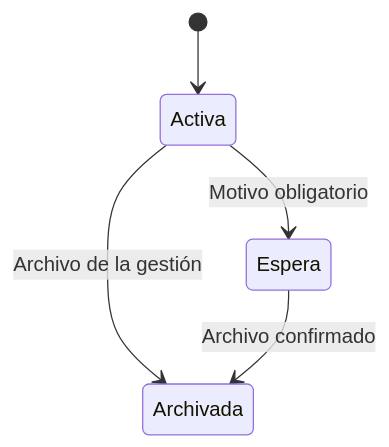
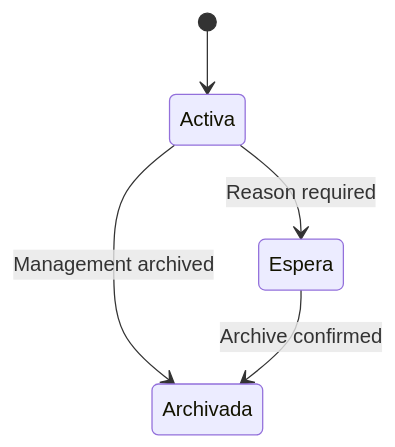
Before and after one commit to matiaspakua/notaire: the ninth of 16 diagrams in docs/200-architecture/203-design/CICLO-DE-VIDA.md, drawn with Mermaid. The commit also changed other lines of this file and 52 other files, not shown here.

````diff
--- a/docs/200-architecture/203-design/CICLO-DE-VIDA.md
+++ b/docs/200-architecture/203-design/CICLO-DE-VIDA.md
@@ -318,7 +322,7 @@
 ```mermaid
 stateDiagram-v2
   [*] --> Activa
-  Activa --> Espera: Motivo obligatorio
-  Activa --> Archivada: Archivo de la gestión
-  Espera --> Archivada: Archivo confirmado
+  Activa --> Espera: Reason required
+  Activa --> Archivada: Management archived
+  Espera --> Archivada: Archive confirmed
 ```
````
